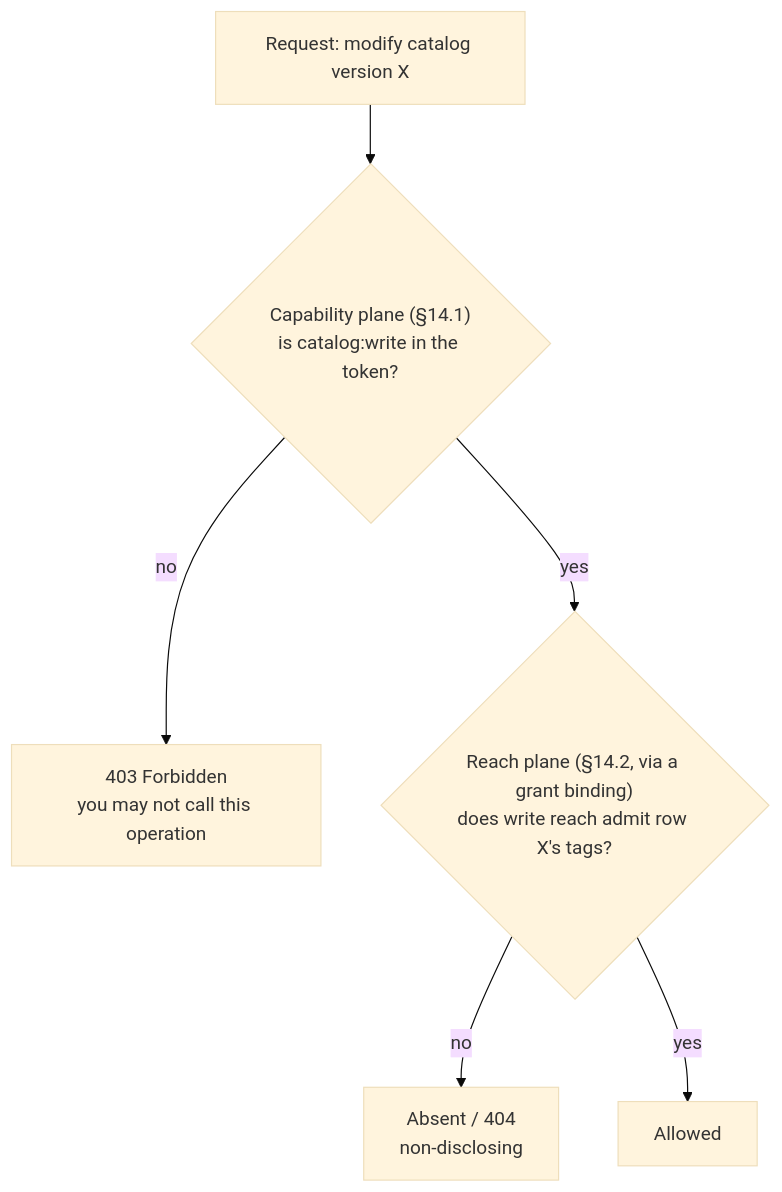
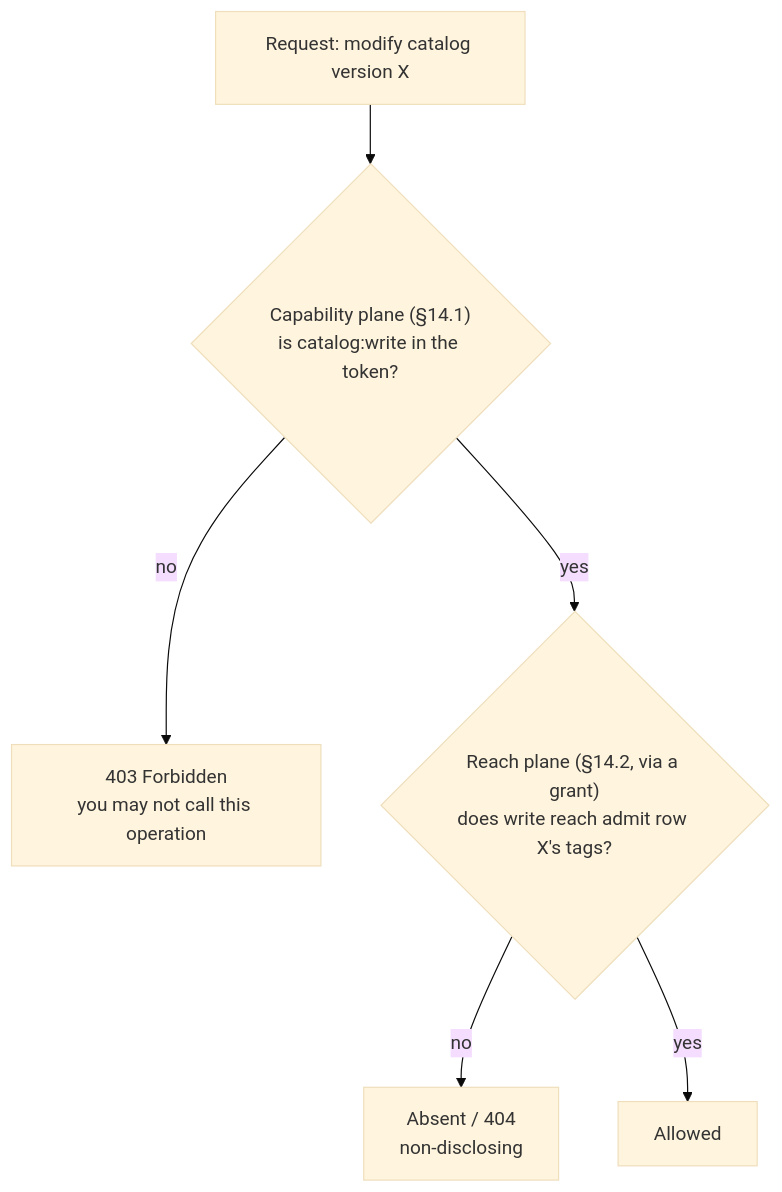
The second of 2 diagrams in docs/control-plane/access-model.md (corvus-dotnet/Corvus.JsonSchema), drawn with Mermaid (base theme) before and after one commit. The commit also changed other lines of this file and 1 other file, not shown here.

First line of the commit message:
docs(control-plane): explain the access model (capability vs reach) with mermaid diagrams

````diff
--- a/docs/control-plane/access-model.md
+++ b/docs/control-plane/access-model.md
@@ -74,8 +74,8 @@
 ```mermaid
 flowchart TD
   Req["Request: modify catalog version X"] --> Cap{"Capability plane (§14.1)<br/>is catalog:write in the token?"}
   Cap -- "no" --> F["403 Forbidden<br/>you may not call this operation"]
-  Cap -- "yes" --> Reach{"Reach plane (§14.2, via a grant binding)<br/>does write reach admit row X's tags?"}
+  Cap -- "yes" --> Reach{"Reach plane (§14.2, via a grant)<br/>does write reach admit row X's tags?"}
   Reach -- "no" --> Abs["Absent / 404<br/>non-disclosing"]
   Reach -- "yes" --> Ok["Allowed"]
 ```
````
